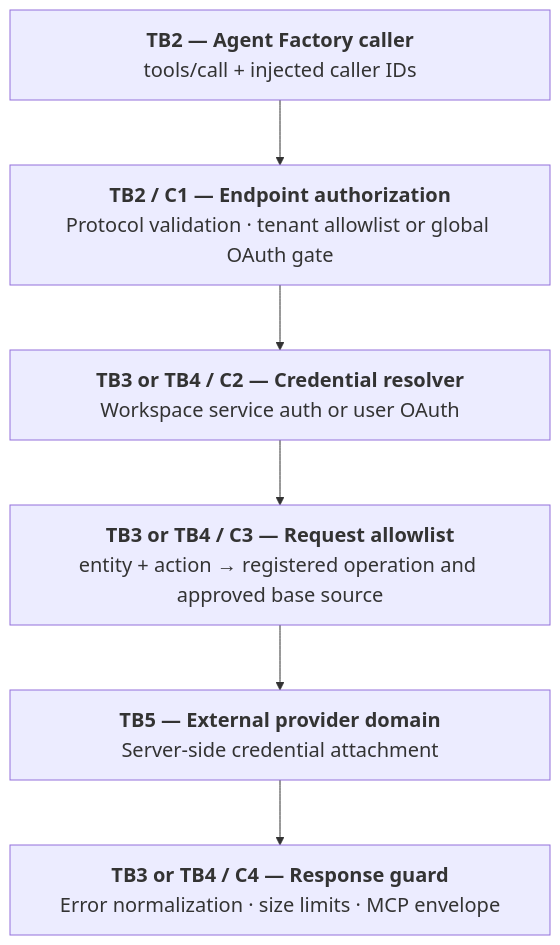
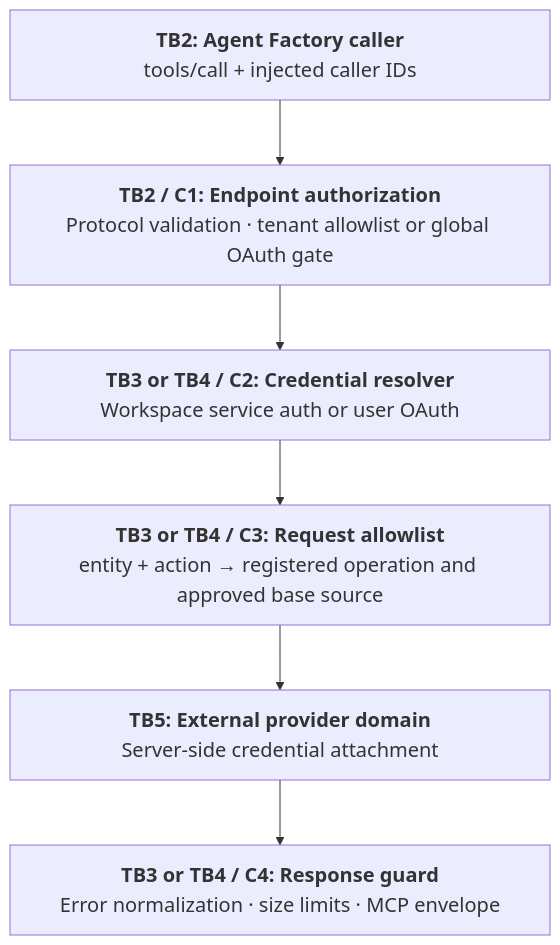
The third of 4 diagrams in apps-store/marketplace/connectors/architecture.mdx (prismeai/docs), drawn with Mermaid before and after one commit. The commit also changed other lines of this file and 138 other files, not shown here.

````diff
--- a/apps-store/marketplace/connectors/architecture.mdx
+++ b/apps-store/marketplace/connectors/architecture.mdx
@@ -111,16 +111,16 @@
 ```mermaid
 %%{init: {"themeVariables": {"fontSize": "20px"}, "flowchart": {"nodeSpacing": 45, "rankSpacing": 65, "wrappingWidth": 480}}}%%
 flowchart TB
-  Caller["<span style='display:inline-block;width:480px'><b>TB2 — Agent Factory caller</b><br/>tools/call + injected caller IDs</span>"]
-  Gate["<span style='display:inline-block;width:480px'><b>TB2 / C1 — Endpoint authorization</b><br/>Protocol validation · tenant allowlist or global OAuth gate</span>"]
-  Auth["<span style='display:inline-block;width:480px'><b>TB3 or TB4 / C2 — Credential resolver</b><br/>Workspace service auth or user OAuth</span>"]
-  Dispatch["<span style='display:inline-block;width:480px'><b>TB3 or TB4 / C3 — Request allowlist</b><br/>entity + action → registered operation and approved base source</span>"]
-  Provider["<span style='display:inline-block;width:480px'><b>TB5 — External provider domain</b><br/>Server-side credential attachment</span>"]
-  Guard["<span style='display:inline-block;width:480px'><b>TB3 or TB4 / C4 — Response guard</b><br/>Error normalization · size limits · MCP envelope</span>"]
+  Caller["<span style='display:inline-block;width:480px'><b>TB2: Agent Factory caller</b><br/>tools/call + injected caller IDs</span>"]
+  Gate["<span style='display:inline-block;width:480px'><b>TB2 / C1: Endpoint authorization</b><br/>Protocol validation · tenant allowlist or global OAuth gate</span>"]
+  Auth["<span style='display:inline-block;width:480px'><b>TB3 or TB4 / C2: Credential resolver</b><br/>Workspace service auth or user OAuth</span>"]
+  Dispatch["<span style='display:inline-block;width:480px'><b>TB3 or TB4 / C3: Request allowlist</b><br/>entity + action → registered operation and approved base source</span>"]
+  Provider["<span style='display:inline-block;width:480px'><b>TB5: External provider domain</b><br/>Server-side credential attachment</span>"]
+  Guard["<span style='display:inline-block;width:480px'><b>TB3 or TB4 / C4: Response guard</b><br/>Error normalization · size limits · MCP envelope</span>"]
 
   Caller --> Gate
   Gate --> Auth
   Auth --> Dispatch
   Dispatch --> Provider
   Provider --> Guard
 ```
````
